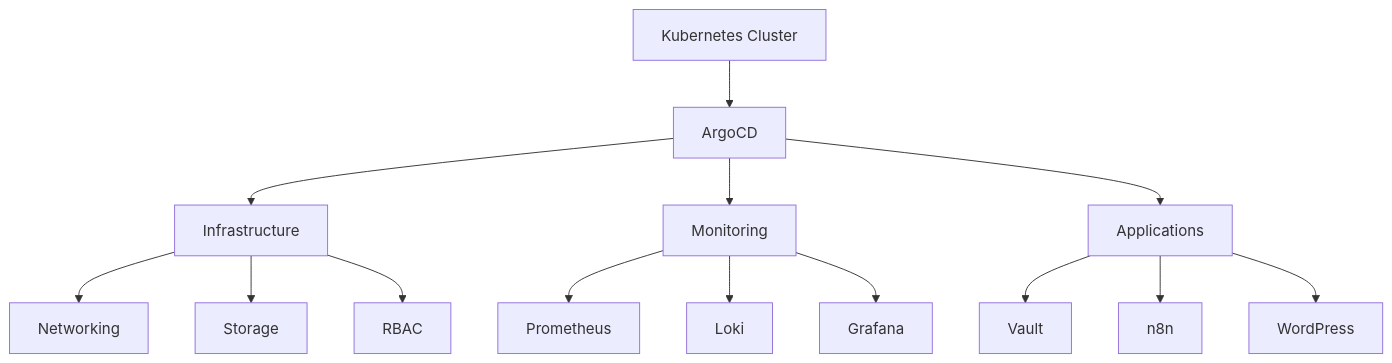
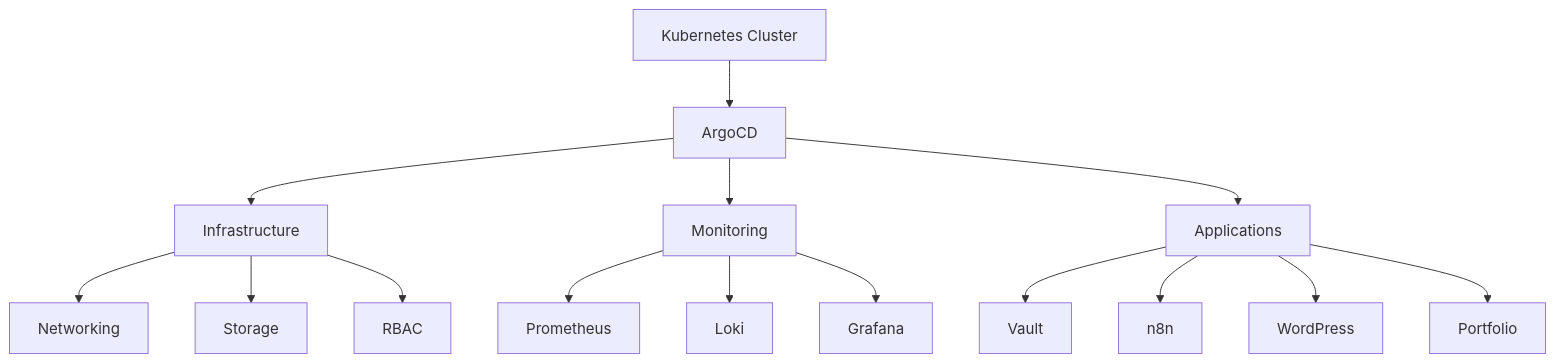
The diagram in readme.md (Sandesh-Solabannavar/homelab), drawn with Mermaid before and after one commit. The commit also changed other lines of this file, not shown here.

````diff
--- a/readme.md
+++ b/readme.md
@@ -15,16 +15,17 @@
 ```mermaid
 graph TD
     A[Kubernetes Cluster] --> B[ArgoCD]
     B --> C[Infrastructure]
     B --> D[Monitoring]
     B --> E[Applications]
     C --> F[Networking]
     C --> G[Storage]
     C --> H[RBAC]
     D --> I[Prometheus]
     D --> J[Loki]
     D --> K[Grafana]
     E --> L[Vault]
     E --> M[n8n]
     E --> N[WordPress]
+    E --> O[Portfolio]
 ```
````
